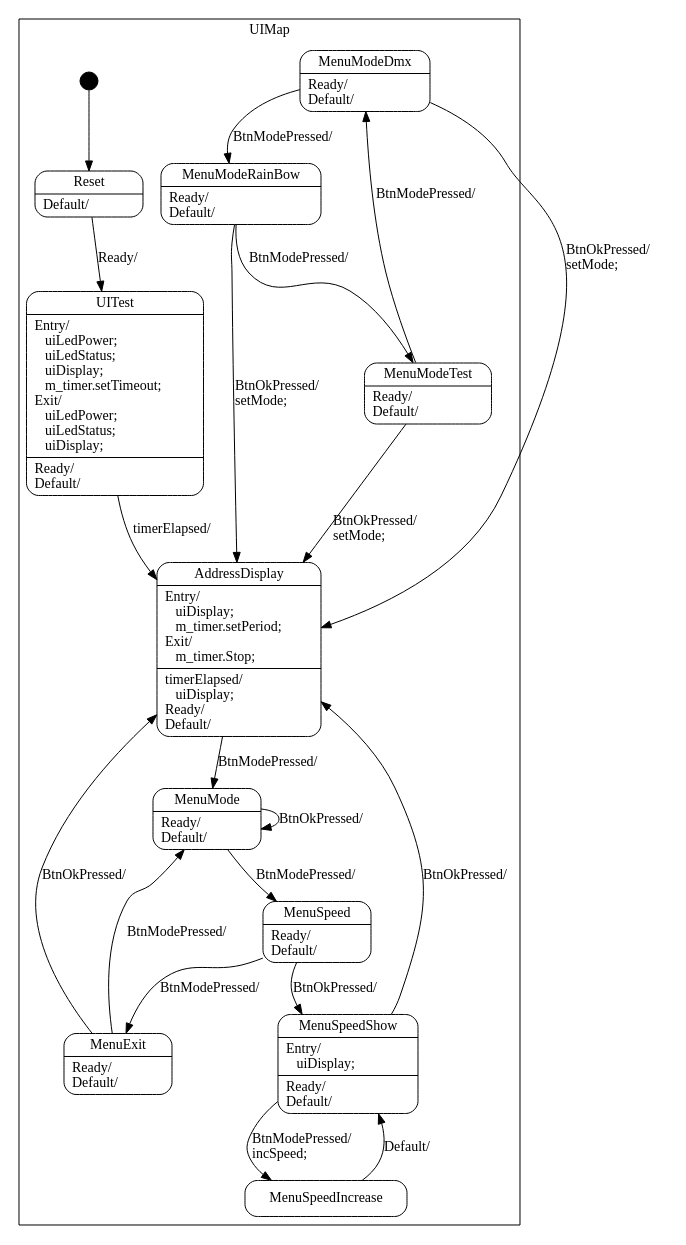
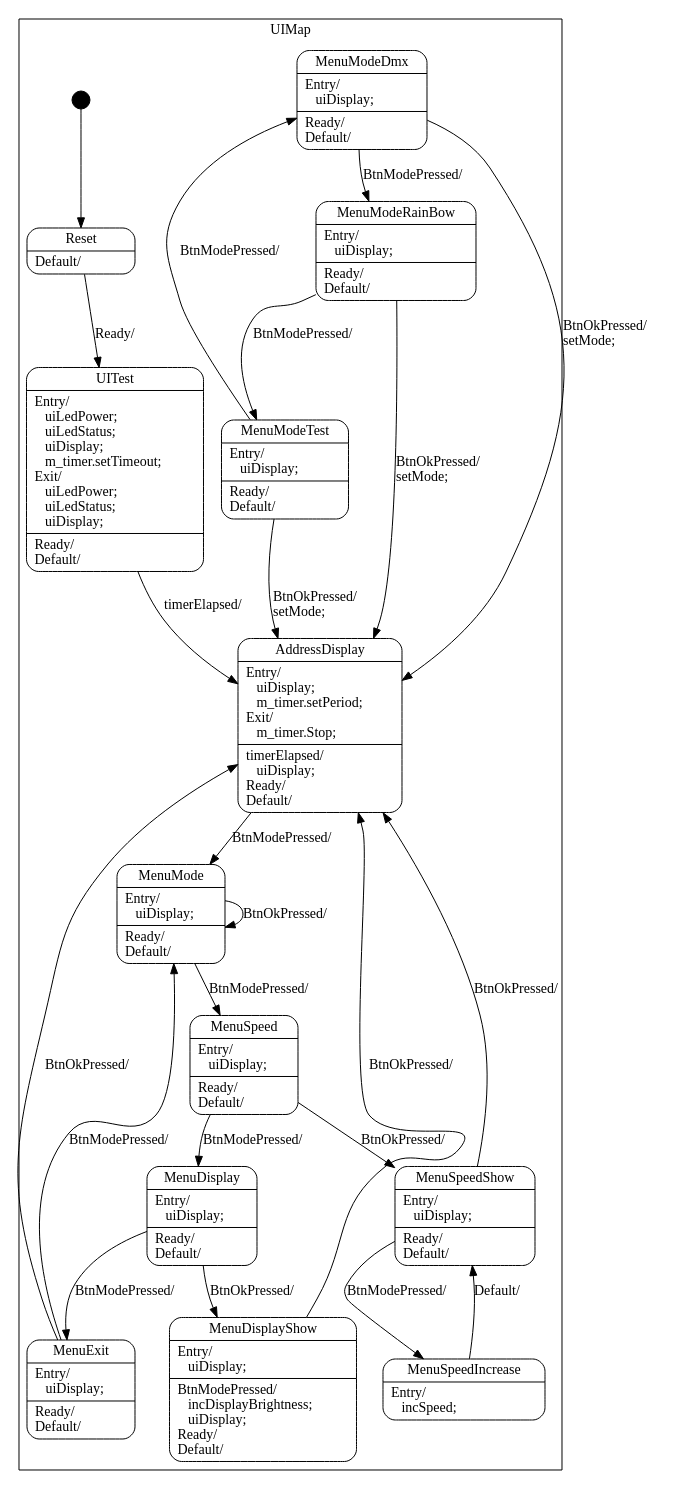
Before and after one commit to EmbeddedSystemClass/FootlooseLogoController: the diagram in SMC/UserInterfaceFSM.dot, drawn with Graphviz. The commit also changed 10 other files, not shown here.

```diff
--- a/SMC/UserInterfaceFSM.dot
+++ b/SMC/UserInterfaceFSM.dot
@@ -1,112 +1,127 @@
 digraph UserInterface {
 
     node
         [shape=Mrecord width=1.5];
 
     subgraph cluster_UIMap {
 
         label="UIMap";
 
         //
         // States (Nodes)
         //
 
         "UIMap::Reset"
             [label="{Reset|Default/\l}"];
 
         "UIMap::UITest"
             [label="{UITest|Entry/\l&nbsp;&nbsp;&nbsp;uiLedPower;\l&nbsp;&nbsp;&nbsp;uiLedStatus;\l&nbsp;&nbsp;&nbsp;uiDisplay;\l&nbsp;&nbsp;&nbsp;m_timer.setTimeout;\lExit/\l&nbsp;&nbsp;&nbsp;uiLedPower;\l&nbsp;&nbsp;&nbsp;uiLedStatus;\l&nbsp;&nbsp;&nbsp;uiDisplay;\l|Ready/\lDefault/\l}"];
 
         "UIMap::AddressDisplay"
             [label="{AddressDisplay|Entry/\l&nbsp;&nbsp;&nbsp;uiDisplay;\l&nbsp;&nbsp;&nbsp;m_timer.setPeriod;\lExit/\l&nbsp;&nbsp;&nbsp;m_timer.Stop;\l|timerElapsed/\l&nbsp;&nbsp;&nbsp;uiDisplay;\lReady/\lDefault/\l}"];
 
         "UIMap::MenuMode"
-            [label="{MenuMode|Ready/\lDefault/\l}"];
+            [label="{MenuMode|Entry/\l&nbsp;&nbsp;&nbsp;uiDisplay;\l|Ready/\lDefault/\l}"];
 
         "UIMap::MenuSpeed"
-            [label="{MenuSpeed|Ready/\lDefault/\l}"];
+            [label="{MenuSpeed|Entry/\l&nbsp;&nbsp;&nbsp;uiDisplay;\l|Ready/\lDefault/\l}"];
+
+        "UIMap::MenuDisplay"
+            [label="{MenuDisplay|Entry/\l&nbsp;&nbsp;&nbsp;uiDisplay;\l|Ready/\lDefault/\l}"];
 
         "UIMap::MenuExit"
-            [label="{MenuExit|Ready/\lDefault/\l}"];
+            [label="{MenuExit|Entry/\l&nbsp;&nbsp;&nbsp;uiDisplay;\l|Ready/\lDefault/\l}"];
 
         "UIMap::MenuModeDmx"
-            [label="{MenuModeDmx|Ready/\lDefault/\l}"];
+            [label="{MenuModeDmx|Entry/\l&nbsp;&nbsp;&nbsp;uiDisplay;\l|Ready/\lDefault/\l}"];
 
         "UIMap::MenuModeRainBow"
-            [label="{MenuModeRainBow|Ready/\lDefault/\l}"];
+            [label="{MenuModeRainBow|Entry/\l&nbsp;&nbsp;&nbsp;uiDisplay;\l|Ready/\lDefault/\l}"];
 
         "UIMap::MenuModeTest"
-            [label="{MenuModeTest|Ready/\lDefault/\l}"];
+            [label="{MenuModeTest|Entry/\l&nbsp;&nbsp;&nbsp;uiDisplay;\l|Ready/\lDefault/\l}"];
 
         "UIMap::MenuSpeedShow"
             [label="{MenuSpeedShow|Entry/\l&nbsp;&nbsp;&nbsp;uiDisplay;\l|Ready/\lDefault/\l}"];
 
         "UIMap::MenuSpeedIncrease"
-            [label="{MenuSpeedIncrease}"];
+            [label="{MenuSpeedIncrease|Entry/\l&nbsp;&nbsp;&nbsp;incSpeed;\l}"];
+
+        "UIMap::MenuDisplayShow"
+            [label="{MenuDisplayShow|Entry/\l&nbsp;&nbsp;&nbsp;uiDisplay;\l|BtnModePressed/\l&nbsp;&nbsp;&nbsp;incDisplayBrightness;\l&nbsp;&nbsp;&nbsp;uiDisplay;\lReady/\lDefault/\l}"];
 
         "%start"
             [label="" shape=circle style=filled fillcolor=black width=0.25];
 
     }
 
     //
     // Transitions (Edges)
     //
 
     "UIMap::Reset" -> "UIMap::UITest"
         [label="Ready/\l"];
 
     "UIMap::UITest" -> "UIMap::AddressDisplay"
         [label="timerElapsed/\l"];
 
     "UIMap::AddressDisplay" -> "UIMap::MenuMode"
         [label="BtnModePressed/\l"];
 
     "UIMap::MenuMode" -> "UIMap::MenuMode"
         [label="BtnOkPressed/\l"];
 
     "UIMap::MenuMode" -> "UIMap::MenuSpeed"
         [label="BtnModePressed/\l"];
 
     "UIMap::MenuSpeed" -> "UIMap::MenuSpeedShow"
         [label="BtnOkPressed/\l"];
 
-    "UIMap::MenuSpeed" -> "UIMap::MenuExit"
+    "UIMap::MenuSpeed" -> "UIMap::MenuDisplay"
+        [label="BtnModePressed/\l"];
+
+    "UIMap::MenuDisplay" -> "UIMap::MenuDisplayShow"
+        [label="BtnOkPressed/\l"];
+
+    "UIMap::MenuDisplay" -> "UIMap::MenuExit"
         [label="BtnModePressed/\l"];
 
     "UIMap::MenuExit" -> "UIMap::AddressDisplay"
         [label="BtnOkPressed/\l"];
 
     "UIMap::MenuExit" -> "UIMap::MenuMode"
         [label="BtnModePressed/\l"];
 
     "UIMap::MenuModeDmx" -> "UIMap::MenuModeRainBow"
         [label="BtnModePressed/\l"];
 
     "UIMap::MenuModeDmx" -> "UIMap::AddressDisplay"
         [label="BtnOkPressed/\lsetMode;\l"];
 
     "UIMap::MenuModeRainBow" -> "UIMap::MenuModeTest"
         [label="BtnModePressed/\l"];
 
     "UIMap::MenuModeRainBow" -> "UIMap::AddressDisplay"
         [label="BtnOkPressed/\lsetMode;\l"];
 
     "UIMap::MenuModeTest" -> "UIMap::MenuModeDmx"
         [label="BtnModePressed/\l"];
 
     "UIMap::MenuModeTest" -> "UIMap::AddressDisplay"
         [label="BtnOkPressed/\lsetMode;\l"];
 
     "UIMap::MenuSpeedShow" -> "UIMap::MenuSpeedIncrease"
-        [label="BtnModePressed/\lincSpeed;\l"];
+        [label="BtnModePressed/\l"];
 
     "UIMap::MenuSpeedShow" -> "UIMap::AddressDisplay"
         [label="BtnOkPressed/\l"];
 
     "UIMap::MenuSpeedIncrease" -> "UIMap::MenuSpeedShow"
         [label="Default/\l"];
 
+    "UIMap::MenuDisplayShow" -> "UIMap::AddressDisplay"
+        [label="BtnOkPressed/\l"];
+
     "%start" -> "UIMap::Reset"
 
 }
```
